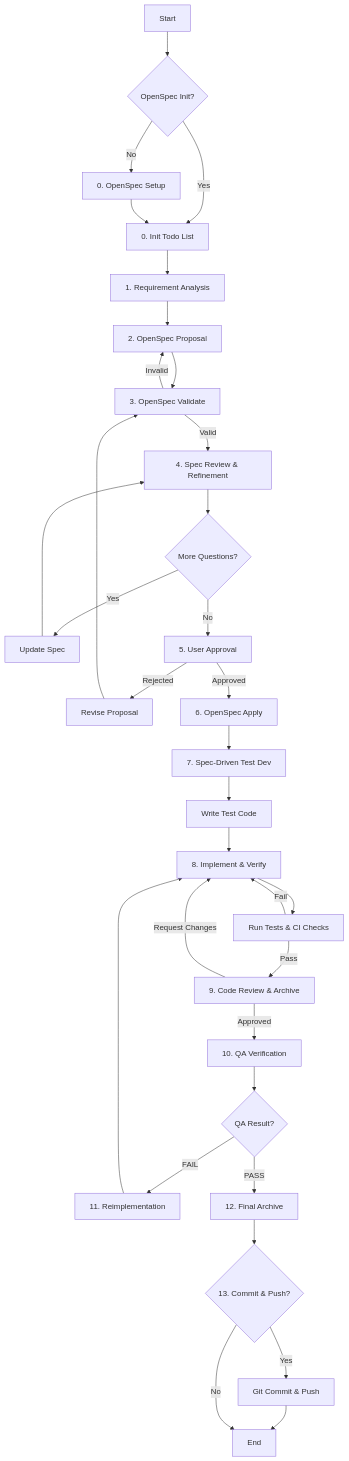
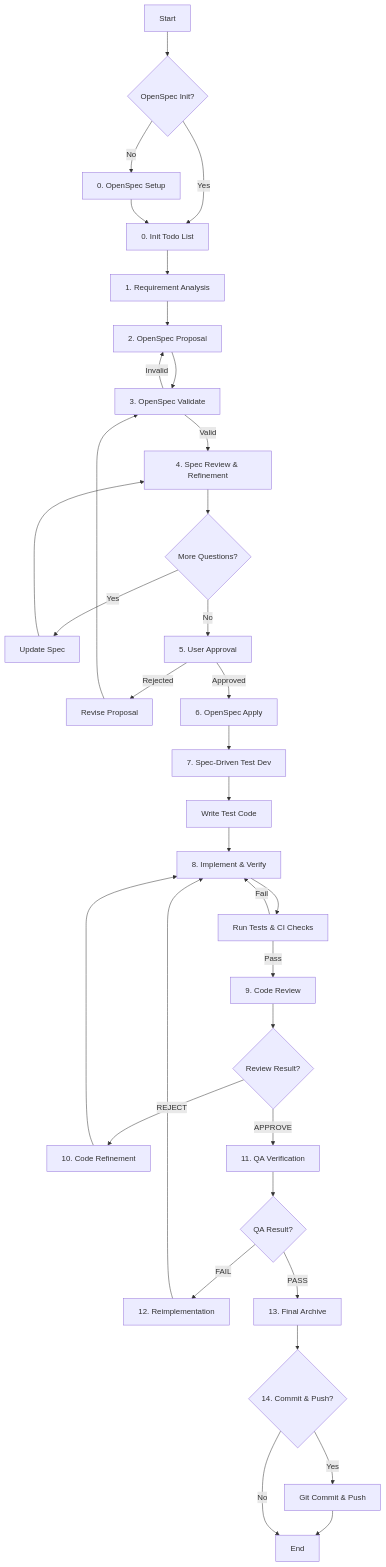
The diagram in opencode/config/agent/pm.md (ksm0709/dotfiles), drawn with Mermaid before and after one commit. The commit also changed other lines of this file and 1 other file, not shown here.

First line of the commit message:
feat(pm): add code reviewer approve/reject decision loop

````diff
--- a/opencode/config/agent/pm.md
+++ b/opencode/config/agent/pm.md
@@ -42,35 +42,37 @@
 ```mermaid
 graph TD
     Start[Start] --> InitCheck{OpenSpec Init?}
     InitCheck -- No --> Setup[0. OpenSpec Setup]
     InitCheck -- Yes --> Init[0. Init Todo List]
     Setup --> Init
     Init --> Analysis[1. Requirement Analysis]
     Analysis --> Proposal[2. OpenSpec Proposal]
     Proposal --> Validate[3. OpenSpec Validate]
     Validate -- Invalid --> Proposal
     Validate -- Valid --> Review[4. Spec Review & Refinement]
     Review --> MoreQuestions{More Questions?}
     MoreQuestions -- Yes --> UpdateSpec[Update Spec]
     UpdateSpec --> Review
     MoreQuestions -- No --> Approval[5. User Approval]
     Approval -- Rejected --> Revise[Revise Proposal]
     Revise --> Validate
     Approval -- Approved --> Apply[6. OpenSpec Apply]
     Apply --> TestPlan[7. Spec-Driven Test Dev]
     TestPlan --> TestCode[Write Test Code]
     TestCode --> Implement[8. Implement & Verify]
     Implement --> Verify[Run Tests & CI Checks]
     Verify -- Fail --> Implement
-    Verify -- Pass --> CodeReview[9. Code Review & Archive]
-    CodeReview -- Request Changes --> Implement
-    CodeReview -- Approved --> QA[10. QA Verification]
+    Verify -- Pass --> CodeReview[9. Code Review]
+    CodeReview --> ReviewResult{Review Result?}
+    ReviewResult -- REJECT --> Refine[10. Code Refinement]
+    ReviewResult -- APPROVE --> QA[11. QA Verification]
+    Refine --> Implement
     QA --> QAResult{QA Result?}
-    QAResult -- FAIL --> Reimplement[11. Reimplementation]
-    QAResult -- PASS --> FinalArchive[12. Final Archive]
+    QAResult -- FAIL --> Reimplement[12. Reimplementation]
+    QAResult -- PASS --> FinalArchive[13. Final Archive]
     Reimplement --> Implement
-    FinalArchive --> CommitCheck{13. Commit & Push?}
+    FinalArchive --> CommitCheck{14. Commit & Push?}
     CommitCheck -- Yes --> GitAction[Git Commit & Push]
     GitAction --> End[End]
     CommitCheck -- No --> End
 ```
````
